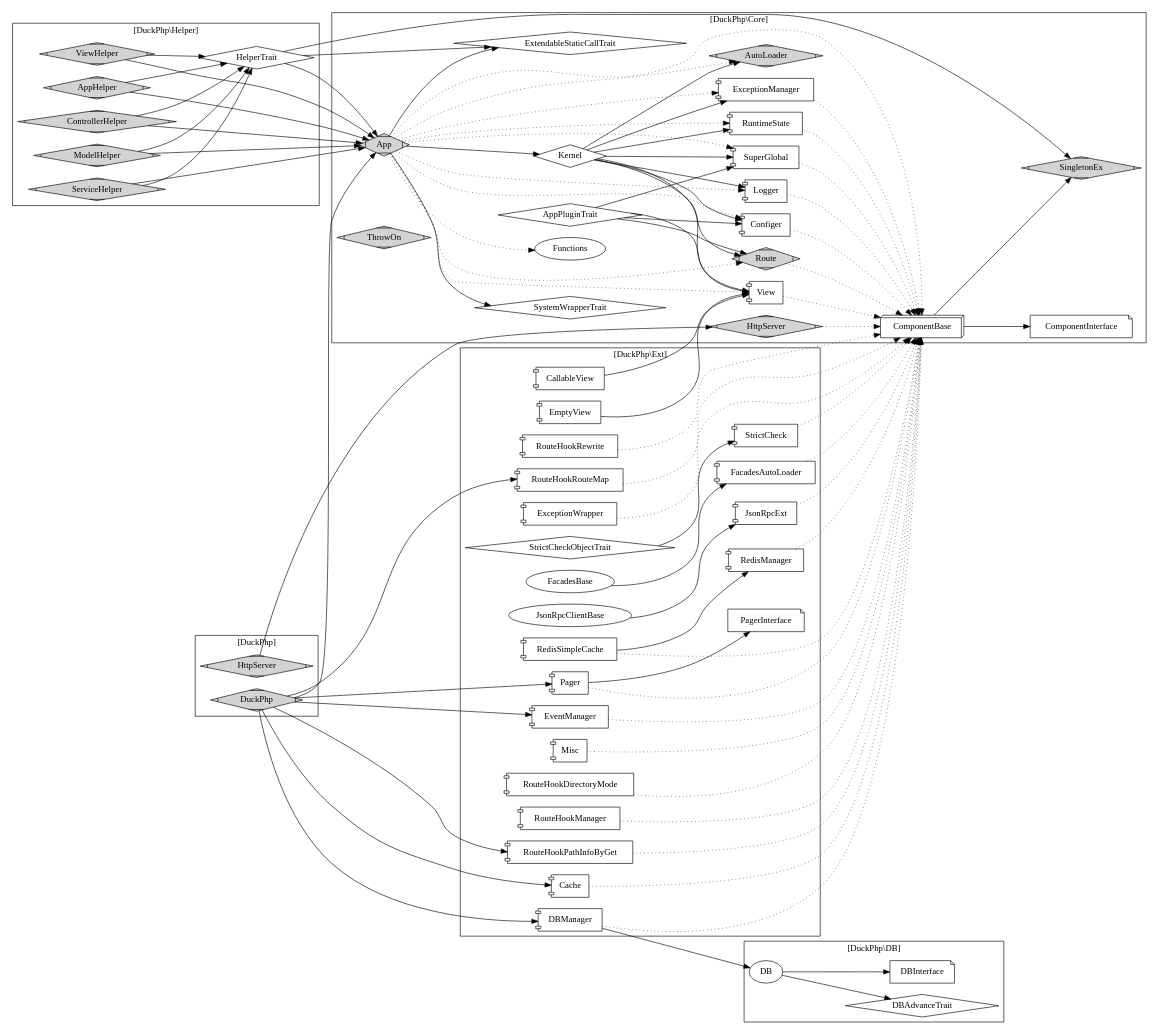
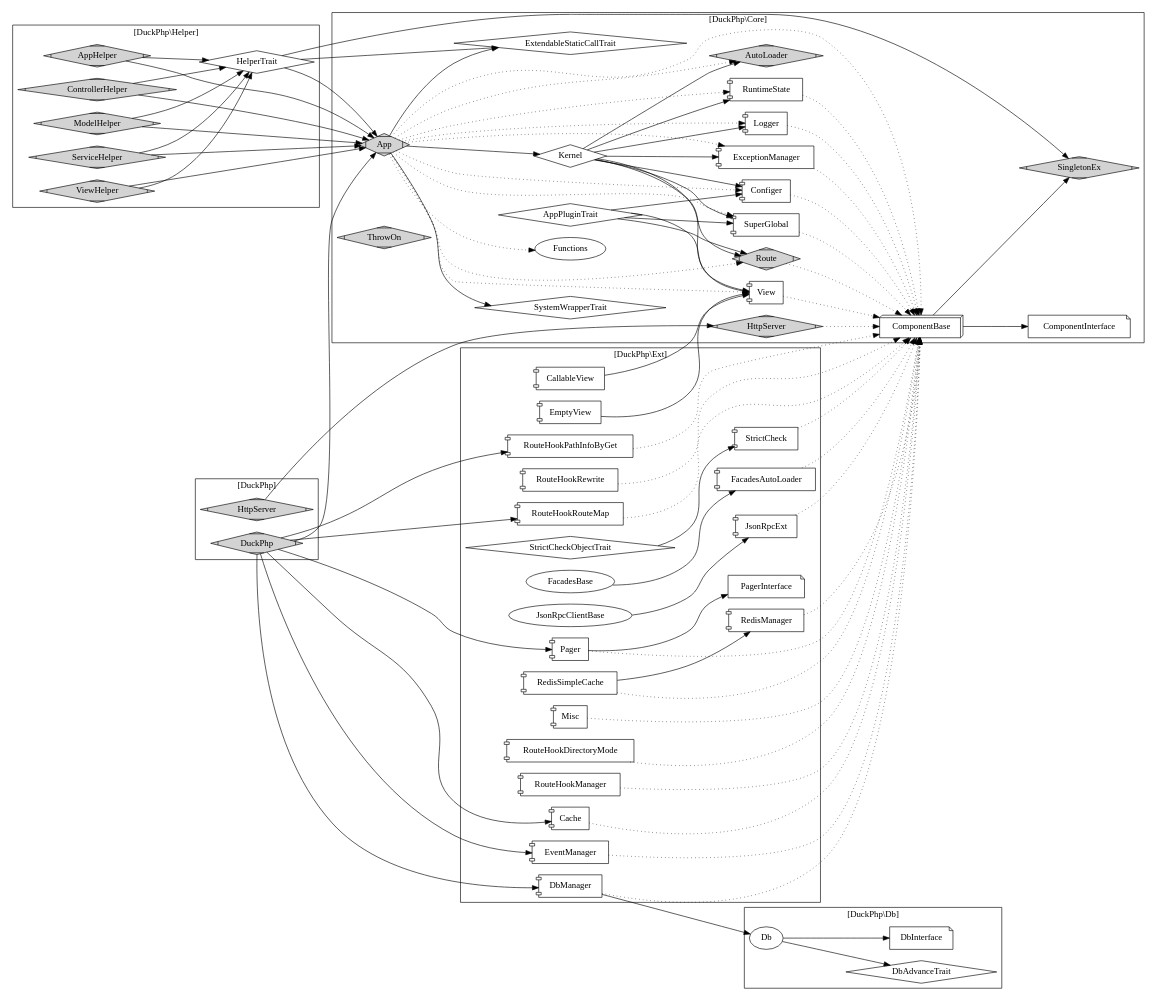
Before and after one commit to dvaknheo/duckphp: the diagram in doc/duckphp.gv, drawn with Graphviz. The commit also changed 6 other files, not shown here.

```diff
--- a/doc/duckphp.gv
+++ b/doc/duckphp.gv
@@ -1,196 +1,194 @@
 digraph G{
 /* This is a graphviz file */
 graph [rankdir = "LR"];
 
 subgraph cluster_Core {
     
     label = "[DuckPhp\\Core]";
 
     Core_AppPluginTrait [label="AppPluginTrait";shape=diamond];
     Core_App [label="App";shape=Mdiamond;style=filled]; 
     Core_Kernel [label="Kernel";shape="diamond"];
     Core_SingletonEx [label="SingletonEx";shape=Mdiamond;style=filled];
     Core_AutoLoader [label="AutoLoader";shape=Mdiamond;style=filled];
     Core_ExceptionManager [label="ExceptionManager";shape="component"];
     Core_View [label="View";shape="component"];
     Core_Configer [label="Configer";shape="component"];
     Core_Logger [label="Logger";shape="component"];
     Core_Route [label="Route";shape=Mdiamond;style=filled];
     Core_RuntimeState [label="RuntimeState";shape="component"];
     Core_SystemWrapperTrait [label="SystemWrapperTrait";shape=diamond];
     
     Core_HttpServer [label="HttpServer";shape=Mdiamond;style=filled];
     Core_SuperGlobal [label="SuperGlobal";shape="component"];
 
     Core_ExtendableStaticCallTrait [label="ExtendableStaticCallTrait";shape=diamond];
     
     Core_ThrowOn [label="ThrowOn";shape=Mdiamond;style=filled];
     Core_ComponentInterface [label="ComponentInterface";shape=note];
     Core_ComponentBase [label="ComponentBase";shape=box3d];
     Core_Functions [label="Functions"];
 
 
     Core_Kernel -> Core_AutoLoader ;
     Core_Kernel -> Core_Configer;
     Core_Kernel -> Core_Logger;
     Core_Kernel -> Core_ExceptionManager;
     Core_Kernel -> Core_Route;
     Core_Kernel -> Core_RuntimeState;
     Core_Kernel -> Core_View;
     Core_Kernel -> Core_SuperGlobal;
     
     Core_App -> Core_Kernel;
     Core_App -> Core_ExtendableStaticCallTrait;
     Core_App -> Core_SystemWrapperTrait;
     
     Core_App -> Core_AutoLoader [style="dotted"];
     Core_App -> Core_Configer [style="dotted"];
     Core_App -> Core_Logger [style="dotted"];
     Core_App -> Core_ExceptionManager [style="dotted"];
     Core_App -> Core_Route [style="dotted"];
     Core_App -> Core_RuntimeState [style="dotted"];
     Core_App -> Core_View [style="dotted"];
     Core_App -> Core_SuperGlobal [style="dotted"];
     
     Core_App -> Core_Functions [style="dotted"];
     Core_App -> Core_ComponentBase [style="dotted"];
 
 
     Core_AppPluginTrait -> Core_Configer;
     Core_AppPluginTrait -> Core_View;
     Core_AppPluginTrait -> Core_Route;
     Core_AppPluginTrait -> Core_SuperGlobal;
     
     
     Core_ExceptionManager -> Core_ComponentBase [style="dotted"];
     Core_Configer -> Core_ComponentBase [style="dotted"];
     Core_Route -> Core_ComponentBase [style="dotted"];
     Core_SuperGlobal -> Core_ComponentBase [style="dotted"];
     Core_RuntimeState -> Core_ComponentBase [style="dotted"];
     Core_View -> Core_ComponentBase [style="dotted"];
     Core_Logger -> Core_ComponentBase [style="dotted"];
     Core_HttpServer -> Core_ComponentBase [style="dotted"];
 
     
     Core_ComponentBase -> Core_ComponentInterface;
     Core_ComponentBase -> Core_SingletonEx;
     
     
 }
 
 
 
 
 subgraph cluster_Helper {
     
     label = "[DuckPhp\\Helper]";
     
     AppHelper [label="AppHelper";shape=Mdiamond;style=filled];
     ControllerHelper [label="ControllerHelper";shape=Mdiamond;style=filled];
     ModelHelper [label="ModelHelper";shape=Mdiamond;style=filled];
     ServiceHelper [label="ServiceHelper";shape=Mdiamond;style=filled];
     ViewHelper [label="ViewHelper";shape=Mdiamond;style=filled];
     HelperTrait [label="HelperTrait";shape=diamond];
     
     AppHelper -> Core_App; 
     ControllerHelper -> Core_App; 
     ModelHelper -> Core_App; 
     ServiceHelper -> Core_App; 
     ViewHelper -> Core_App; 
     HelperTrait -> Core_SingletonEx;
     HelperTrait -> Core_App;
     HelperTrait -> Core_ExtendableStaticCallTrait ;
     
     AppHelper -> HelperTrait; 
     ControllerHelper -> HelperTrait; 
     ModelHelper -> HelperTrait; 
     ServiceHelper -> HelperTrait; 
     ViewHelper -> HelperTrait; 
 
 }
 
-subgraph cluster_DB {
-    label = "[DuckPhp\\DB]";
+subgraph cluster_Db {
+    label = "[DuckPhp\\Db]";
 
-    DB_DB [label="DB"];
-    DB_DBAdvanceTrait [label="DBAdvanceTrait";shape=diamond];
-    DB_DBInterface [label="DBInterface";shape=note];
+    Db_Db [label="Db"];
+    Db_DbAdvanceTrait [label="DbAdvanceTrait";shape=diamond];
+    Db_DbInterface [label="DbInterface";shape=note];
     
-    DB_DB -> DB_DBAdvanceTrait;
-    DB_DB -> DB_DBInterface;
+    Db_Db -> Db_DbAdvanceTrait;
+    Db_Db -> Db_DbInterface;
 }
 
 subgraph cluster_Ext {
     label = "[DuckPhp\\Ext]";
 
+    Cache[shape="component"];
     CallableView[shape="component"];
-    Cache[shape="component"];
-    DBManager[shape="component"];
+    DbManager[shape="component"];
     EmptyView[shape="component"];
     EventManager[shape="component"];
     FacadesAutoLoader[shape="component"];
     FacadesBase ;
     JsonRpcClientBase ;
     JsonRpcExt[shape="component"];
     Misc[shape="component"];
     Pager[shape="component"];
     PagerInterface [shape=note];
     RedisManager[shape="component"];
     RedisSimpleCache[shape="component"];
     RouteHookDirectoryMode[shape="component"];
     RouteHookManager[shape="component"];
     RouteHookPathInfoByGet[shape="component"];
     RouteHookRewrite[shape="component"];
     RouteHookRouteMap[shape="component"];
     StrictCheck[shape="component"];
     StrictCheckObjectTrait [shape=diamond];
-    ExceptionWrapper [shape="component"];
 
-    DBManager -> DB_DB;
+    DbManager -> Db_Db;
     CallableView ->Core_View; 
     EmptyView ->Core_View; 
     JsonRpcClientBase ->JsonRpcExt;
     FacadesBase -> FacadesAutoLoader;
     Pager -> PagerInterface; 
     RedisSimpleCache -> RedisManager;
     StrictCheckObjectTrait -> StrictCheck; 
     
     FacadesAutoLoader -> Core_ComponentBase [style="dotted"];
     JsonRpcExt -> Core_ComponentBase [style="dotted"];
     Pager -> Core_ComponentBase [style="dotted"];
     Misc -> Core_ComponentBase [style="dotted"];
     RedisSimpleCache -> Core_ComponentBase [style="dotted"];
     RedisManager -> Core_ComponentBase [style="dotted"];
     Cache -> Core_ComponentBase [style="dotted"];
     StrictCheck -> Core_ComponentBase [style="dotted"];
     RouteHookDirectoryMode -> Core_ComponentBase [style="dotted"];
     RouteHookManager -> Core_ComponentBase [style="dotted"];
     RouteHookPathInfoByGet -> Core_ComponentBase [style="dotted"];
     RouteHookRewrite -> Core_ComponentBase [style="dotted"];
     RouteHookRouteMap -> Core_ComponentBase [style="dotted"];
-    DBManager -> Core_ComponentBase [style="dotted"];
+    DbManager -> Core_ComponentBase [style="dotted"];
 
     EventManager -> Core_ComponentBase [style="dotted"];
-    ExceptionWrapper -> Core_ComponentBase [style="dotted"];
 }
 
 subgraph cluster_DuckPhp {
     label = "[DuckPhp]";
     node [style=filled];
 
     HttpServer -> Core_HttpServer;
     DuckPhp -> Core_App;
 
     DuckPhp -> RouteHookRouteMap;
     DuckPhp -> Pager;
-    DuckPhp -> DBManager;
+    DuckPhp -> DbManager;
     DuckPhp -> EventManager;
     DuckPhp -> RouteHookPathInfoByGet;
     DuckPhp -> Cache;
 
     DuckPhp [shape=Mdiamond];
     HttpServer [shape=Mdiamond;style=filled];
 
 }
 
 }
```
